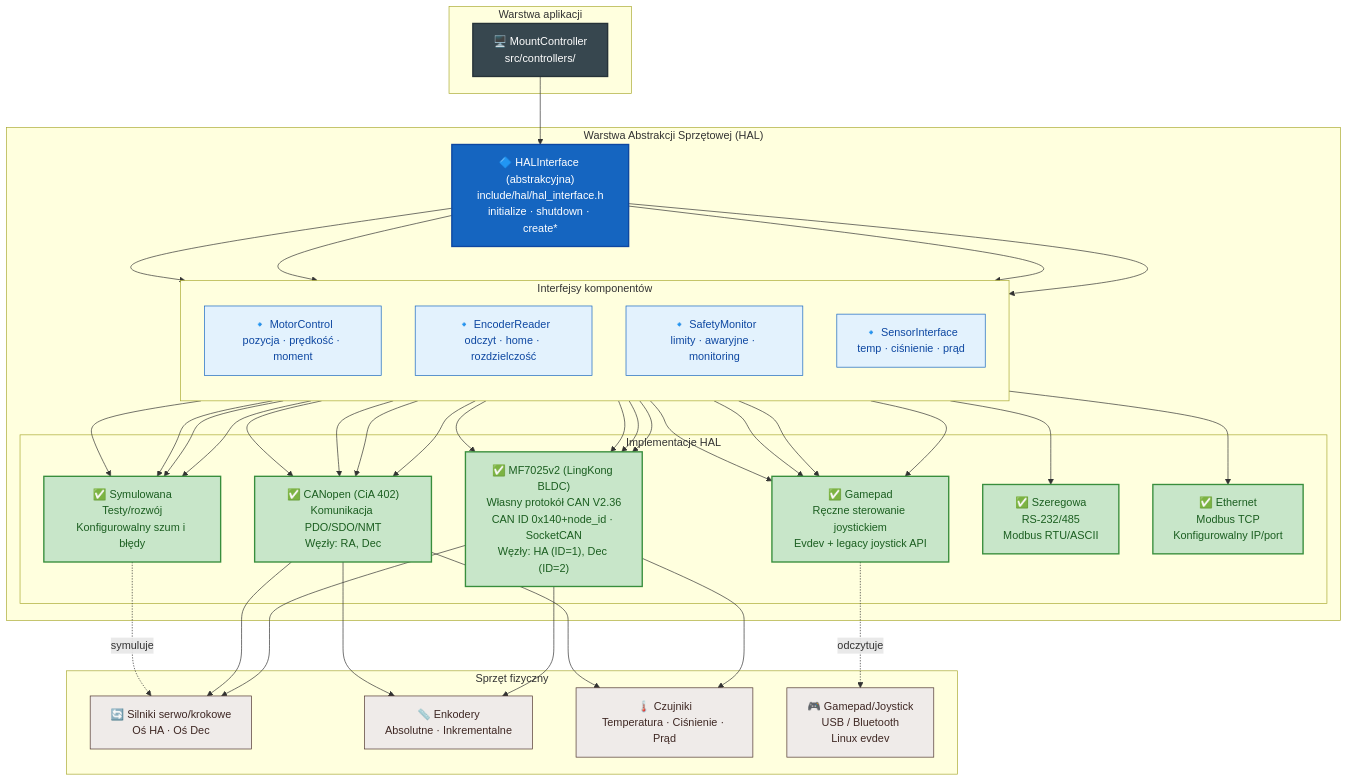
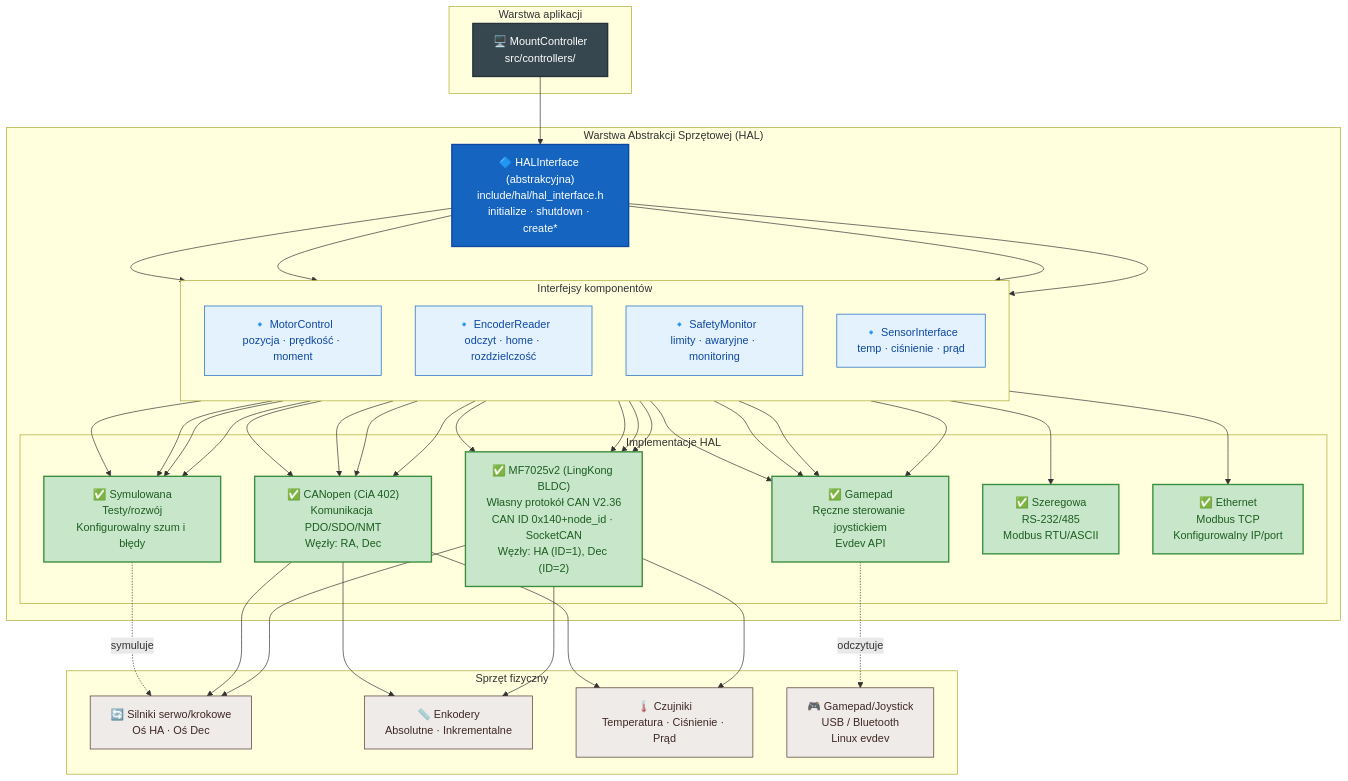
Before and after one commit to pielaszkiewicz-jacek/astro_mount_control: the first of 3 diagrams in docs/pl/hal_layer.md, drawn with Mermaid. The commit also changed other lines of this file and 674 other files, not shown here.

````diff
--- a/docs/pl/hal_layer.md
+++ b/docs/pl/hal_layer.md
@@ -9,57 +9,57 @@
 ```mermaid
 flowchart TB
     %% Style
     classDef controller fill:#37474f,stroke:#263238,color:#ffffff,stroke-width:2px
     classDef interface fill:#1565c0,stroke:#0d47a1,color:#ffffff,stroke-width:2px
     classDef component fill:#e3f2fd,stroke:#1565c0,stroke-width:1px,color:#0d47a1
     classDef impl fill:#e8f5e9,stroke:#388e3c,stroke-width:2px,color:#1b5e20
     classDef done fill:#c8e6c9,stroke:#388e3c,stroke-width:2px,color:#1b5e20
     classDef planned fill:#fff9c4,stroke:#fbc02d,stroke-width:2px,color:#f57f17
     classDef hw fill:#efebe9,stroke:#4e342e,stroke-width:1px,color:#3e2723
 
     subgraph APP["Warstwa aplikacji"]
         MC["🖥️ MountController<br/>src/controllers/"]:::controller
     end
 
     subgraph HAL["Warstwa Abstrakcji Sprzętowej (HAL)"]
         HAL_IF["🔷 HALInterface (abstrakcyjna)<br/>include/hal/hal_interface.h<br/>initialize · shutdown · create*"]:::interface
 
         subgraph COMP["Interfejsy komponentów"]
             direction TB
             MOTOR["🔹 MotorControl<br/>pozycja · prędkość · moment"]:::component
             ENC["🔹 EncoderReader<br/>odczyt · home · rozdzielczość"]:::component
             SAFE["🔹 SafetyMonitor<br/>limity · awaryjne · monitoring"]:::component
             SENS["🔹 SensorInterface<br/>temp · ciśnienie · prąd"]:::component
         end
 
         subgraph IMPL["Implementacje HAL"]
             MF_IMPL["✅ MF7025v2 (LingKong BLDC)<br/>Własny protokół CAN V2.36<br/>CAN ID 0x140+node_id · SocketCAN<br/>Węzły: HA (ID=1), Dec (ID=2)"]:::done
             CAN_IMPL["✅ CANopen (CiA 402)<br/>Komunikacja PDO/SDO/NMT<br/>Węzły: RA, Dec"]:::done
             SIM_IMPL["✅ Symulowana<br/>Testy/rozwój<br/>Konfigurowalny szum i błędy"]:::done
-            GAM_IMPL["✅ Gamepad<br/>Ręczne sterowanie joystickiem<br/>Evdev + legacy joystick API"]:::done
+            GAM_IMPL["✅ Gamepad<br/>Ręczne sterowanie joystickiem<br/>Evdev API"]:::done
             SER_IMPL["✅ Szeregowa<br/>RS-232/485<br/>Modbus RTU/ASCII"]:::done
             ETH_IMPL["✅ Ethernet<br/>Modbus TCP<br/>Konfigurowalny IP/port"]:::done
         end
     end
 
     subgraph HW["Sprzęt fizyczny"]
         MOT_HW["🔄 Silniki serwo/krokowe<br/>Oś HA · Oś Dec"]:::hw
         ENC_HW["📏 Enkodery<br/>Absolutne · Inkrementalne"]:::hw
         SENS_HW["🌡️ Czujniki<br/>Temperatura · Ciśnienie · Prąd"]:::hw
         GAM_HW["🎮 Gamepad/Joystick<br/>USB / Bluetooth<br/>Linux evdev"]:::hw
     end
 
     MC --> HAL_IF
     HAL_IF --> MOTOR
     HAL_IF --> ENC
     HAL_IF --> SAFE
     HAL_IF --> SENS
     MOTOR --> MF_IMPL & CAN_IMPL & SIM_IMPL & GAM_IMPL & SER_IMPL & ETH_IMPL
     ENC --> MF_IMPL & CAN_IMPL & SIM_IMPL & GAM_IMPL
     SAFE --> MF_IMPL & CAN_IMPL & SIM_IMPL & GAM_IMPL
     SENS --> MF_IMPL & CAN_IMPL & SIM_IMPL & GAM_IMPL
     MF_IMPL --> MOT_HW & ENC_HW & SENS_HW
     CAN_IMPL --> MOT_HW & ENC_HW & SENS_HW
     SIM_IMPL -.->|symuluje| MOT_HW
     GAM_IMPL -.->|odczytuje| GAM_HW
 ```
````
